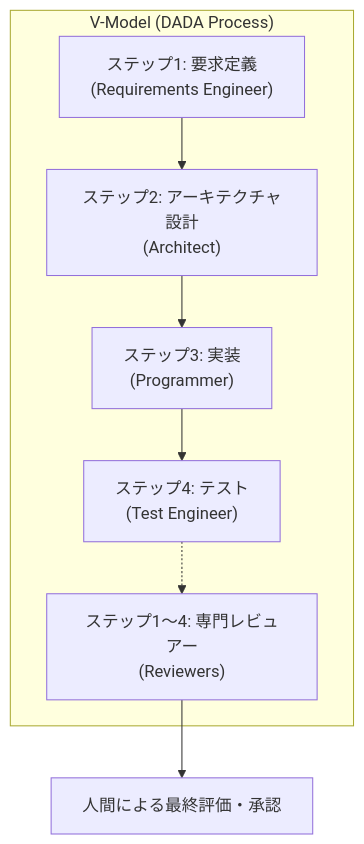
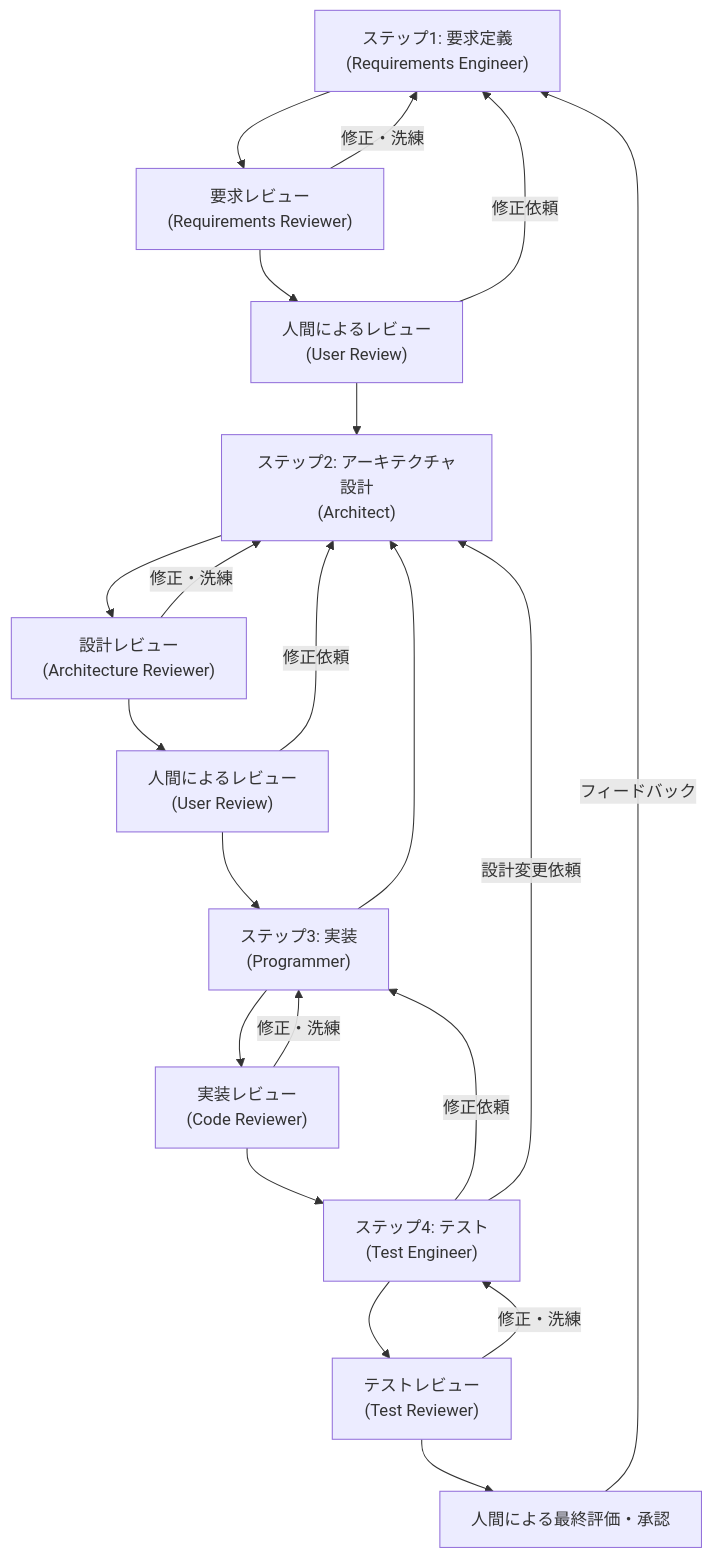
The diagram in README.md (yamaPiT/AntigravityTemplate), drawn with Mermaid before and after one commit. The commit also changed other lines of this file and 1 other file, not shown here.

Commit message:
feat: Add DADA-Process workflow documentation and update project README.

````diff
--- a/README.md
+++ b/README.md
@@ -23,10 +23,27 @@
 ```mermaid
 graph TD
-    subgraph "V-Model (DADA Process)"
-        Req["ステップ1: 要求定義<br>(Requirements Engineer)"] --> Arch["ステップ2: アーキテクチャ設計<br>(Architect)"]
-        Arch --> Impl["ステップ3: 実装<br>(Programmer)"]
-        Impl --> Test["ステップ4: テスト<br>(Test Engineer)"]
-        Test -.-> Review["ステップ1〜4: 専門レビュアー<br>(Reviewers)"]
-    end
-    Review --> Approve["人間による最終評価・承認"]
+    Req["ステップ1: 要求定義<br>(Requirements Engineer)"] --> ReqRev["要求レビュー<br>(Requirements Reviewer)"]
+    ReqRev -- 修正・洗練 --> Req
+    ReqRev --> ReqHum["人間によるレビュー<br>(User Review)"]
+    ReqHum -- 修正依頼 --> Req
+    ReqHum --> Arch["ステップ2: アーキテクチャ設計<br>(Architect)"]
+    
+    Arch --> ArchRev["設計レビュー<br>(Architecture Reviewer)"]
+    ArchRev -- 修正・洗練 --> Arch
+    ArchRev --> ArchHum["人間によるレビュー<br>(User Review)"]
+    ArchHum -- 修正依頼 --> Arch
+    ArchHum --> Impl["ステップ3: 実装<br>(Programmer)"]
+    
+    Impl --> ImplRev["実装レビュー<br>(Code Reviewer)"]
+    ImplRev -- 修正・洗練 --> Impl
+    Impl --> Arch
+    ImplRev --> Test["ステップ4: テスト<br>(Test Engineer)"]
+    
+    Test --> TestRev["テストレビュー<br>(Test Reviewer)"]
+    TestRev -- 修正・洗練 --> Test
+    Test -- 修正依頼 --> Impl
+    Test -- 設計変更依頼 --> Arch
+    
+    TestRev --> Approve["人間による最終評価・承認"]
+    Approve -->|フィードバック| Req
 ```
````
